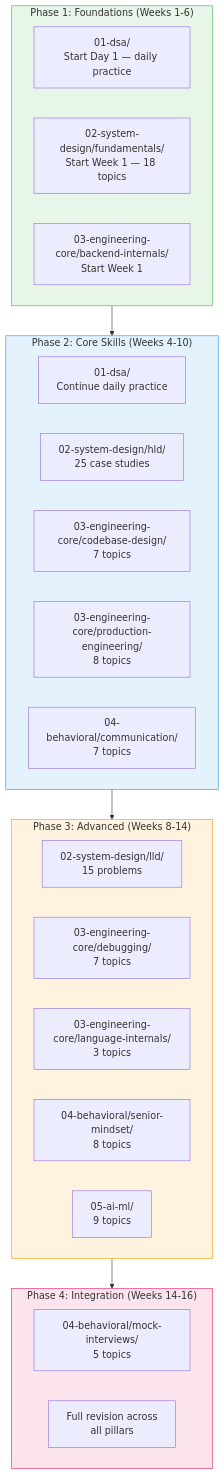
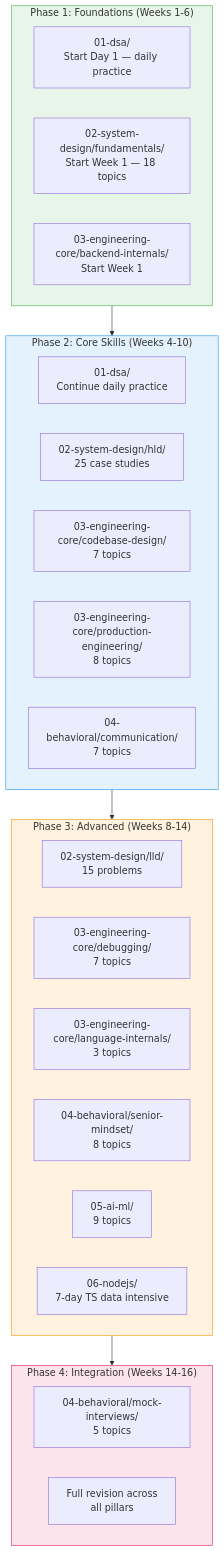
One commit to thearpitanand/interview-prep-guide changed the second of 2 diagrams in README.md. Above: the diagram before and after it, drawn with Mermaid. The commit also changed other lines of this file and 1083 other files, not shown here.

````diff
--- a/README.md
+++ b/README.md
@@ -110,38 +125,39 @@
 ```mermaid
 flowchart TD
     subgraph Phase1["Phase 1: Foundations (Weeks 1-6)"]
         D1["01-dsa/<br/>Start Day 1 — daily practice"]
         S1["02-system-design/fundamentals/<br/>Start Week 1 — 18 topics"]
         E1["03-engineering-core/backend-internals/<br/>Start Week 1"]
     end
 
     subgraph Phase2["Phase 2: Core Skills (Weeks 4-10)"]
         D2["01-dsa/<br/>Continue daily practice"]
         S2["02-system-design/hld/<br/>25 case studies"]
         E2["03-engineering-core/codebase-design/<br/>7 topics"]
         E3["03-engineering-core/production-engineering/<br/>8 topics"]
         B1["04-behavioral/communication/<br/>7 topics"]
     end
 
     subgraph Phase3["Phase 3: Advanced (Weeks 8-14)"]
         S3["02-system-design/lld/<br/>15 problems"]
         E4["03-engineering-core/debugging/<br/>7 topics"]
         E5["03-engineering-core/language-internals/<br/>3 topics"]
         B2["04-behavioral/senior-mindset/<br/>8 topics"]
         A1["05-ai-ml/<br/>9 topics"]
+        NJ["06-nodejs/<br/>7-day TS data intensive"]
     end
 
     subgraph Phase4["Phase 4: Integration (Weeks 14-16)"]
         B3["04-behavioral/mock-interviews/<br/>5 topics"]
         REV["Full revision across<br/>all pillars"]
     end
 
     Phase1 --> Phase2
     Phase2 --> Phase3
     Phase3 --> Phase4
 
     style Phase1 fill:#E8F5E9,stroke:#4CAF50
     style Phase2 fill:#E3F2FD,stroke:#2196F3
     style Phase3 fill:#FFF3E0,stroke:#FF9800
     style Phase4 fill:#FCE4EC,stroke:#E91E63
 ```
````
